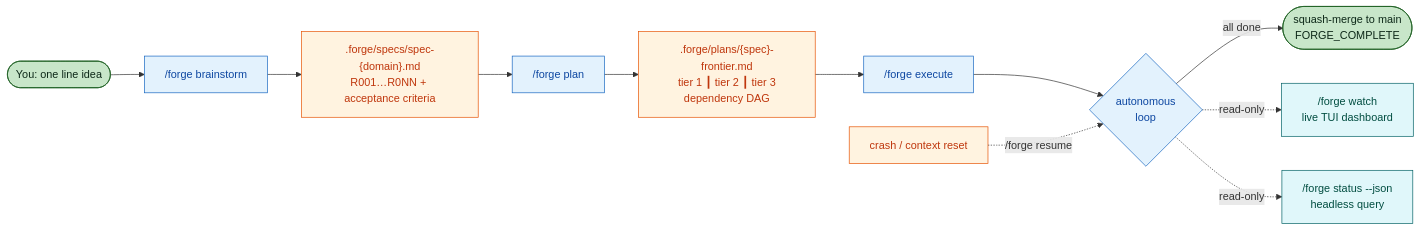
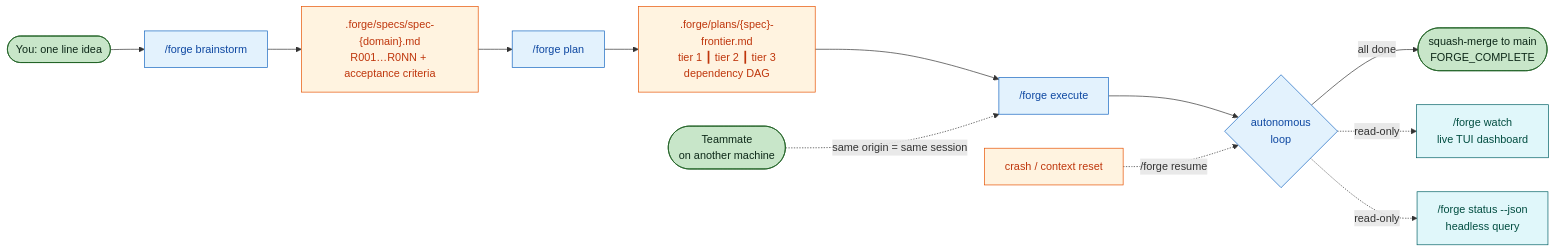
One commit to LucasDuys/forge changed the second of 8 diagrams in README.md. Above: the diagram before and after it, drawn with Mermaid. The commit also changed other lines of this file and 3 other files, not shown here.

````diff
--- a/README.md
+++ b/README.md
@@ -244,24 +323,25 @@
 ```mermaid
 flowchart LR
     User([You: one line idea]) --> Bs["/forge brainstorm"]
     Bs --> Spec[".forge/specs/spec-{domain}.md<br/>R001…R0NN + acceptance criteria"]
     Spec --> Plan["/forge plan"]
     Plan --> Frontier[".forge/plans/{spec}-frontier.md<br/>tier 1 ┃ tier 2 ┃ tier 3<br/>dependency DAG"]
     Frontier --> Exec["/forge execute"]
     Exec --> Loop{"autonomous<br/>loop"}
     Loop -->|all done| Done([squash-merge to main<br/>FORGE_COMPLETE])
     Loop -.->|read-only| Watch["/forge watch<br/>live TUI dashboard"]
     Loop -.->|read-only| Headless["/forge status --json<br/>headless query"]
     Crash[crash / context reset] -.->|/forge resume| Loop
+    TeamUser([Teammate<br/>on another machine]) -.->|same origin = same session| Exec
 
     classDef cmd fill:#e3f2fd,stroke:#1565c0,color:#0d47a1
     classDef state fill:#fff3e0,stroke:#e65100,color:#bf360c
     classDef ui fill:#e0f7fa,stroke:#006064,color:#004d40
     classDef done fill:#c8e6c9,stroke:#1b5e20,color:#0d2818
 
     class Bs,Plan,Exec,Loop cmd
     class Spec,Frontier state
     class Watch,Headless ui
-    class Done,User done
+    class Done,User,TeamUser done
     class Crash state
 ```
````
